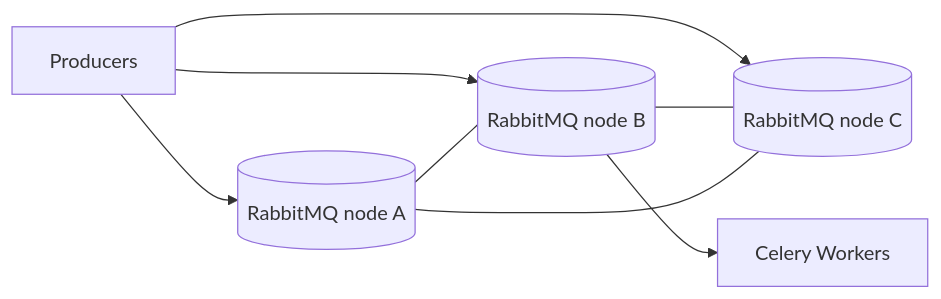
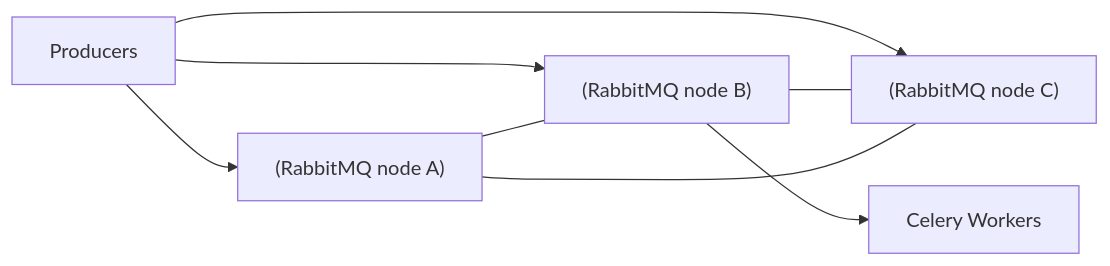
One commit to DDoSKudya/ai-study-atlas changed the diagram in directions/services/celery/pact/26_sovremennye_praktiki_i_napravleniya_razvitiya/13_26_26_3_evolyutsiya_rabbitmq_redis_praktik.md. Above: the diagram before and after it, drawn with Mermaid. The commit also changed 322 other files, not shown here.

Commit message:
fix(docs): make mermaid diagrams GitHub-compatible across directions content

````diff
--- a/directions/services/celery/pact/26_sovremennye_praktiki_i_napravleniya_razvitiya/13_26_26_3_evolyutsiya_rabbitmq_redis_praktik.md
+++ b/directions/services/celery/pact/26_sovremennye_praktiki_i_napravleniya_razvitiya/13_26_26_3_evolyutsiya_rabbitmq_redis_praktik.md
@@ -73,10 +73,10 @@
 ```mermaid
 flowchart LR
-    P[Producers] --> R1[(RabbitMQ node A)]
-    P --> R2[(RabbitMQ node B)]
-    P --> R3[(RabbitMQ node C)]
+    P["Producers"] --> R1["(RabbitMQ node A)"]
+    P --> R2["(RabbitMQ node B)"]
+    P --> R3["(RabbitMQ node C)"]
     R1 --- R2
     R2 --- R3
     R1 --- R3
-    R2 --> W[Celery Workers]
+    R2 --> W["Celery Workers"]
 ```
````
